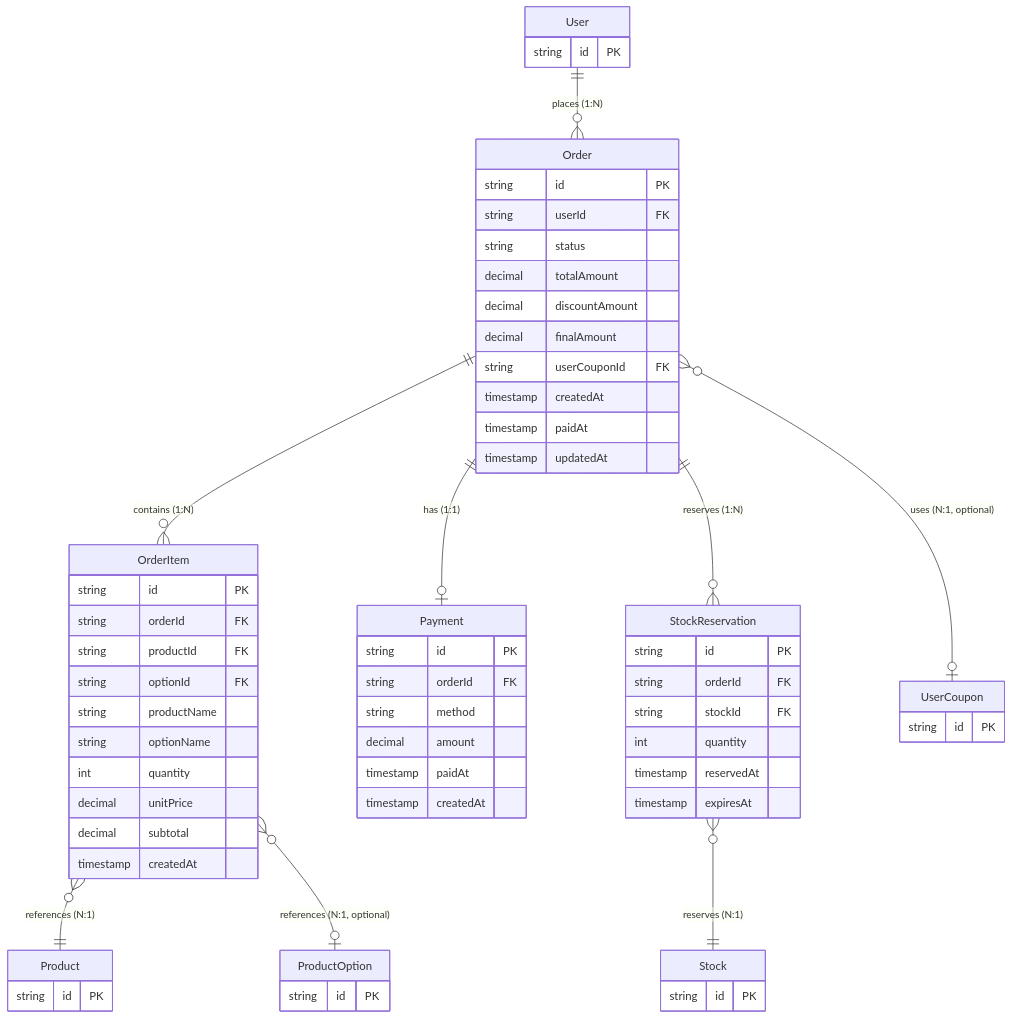
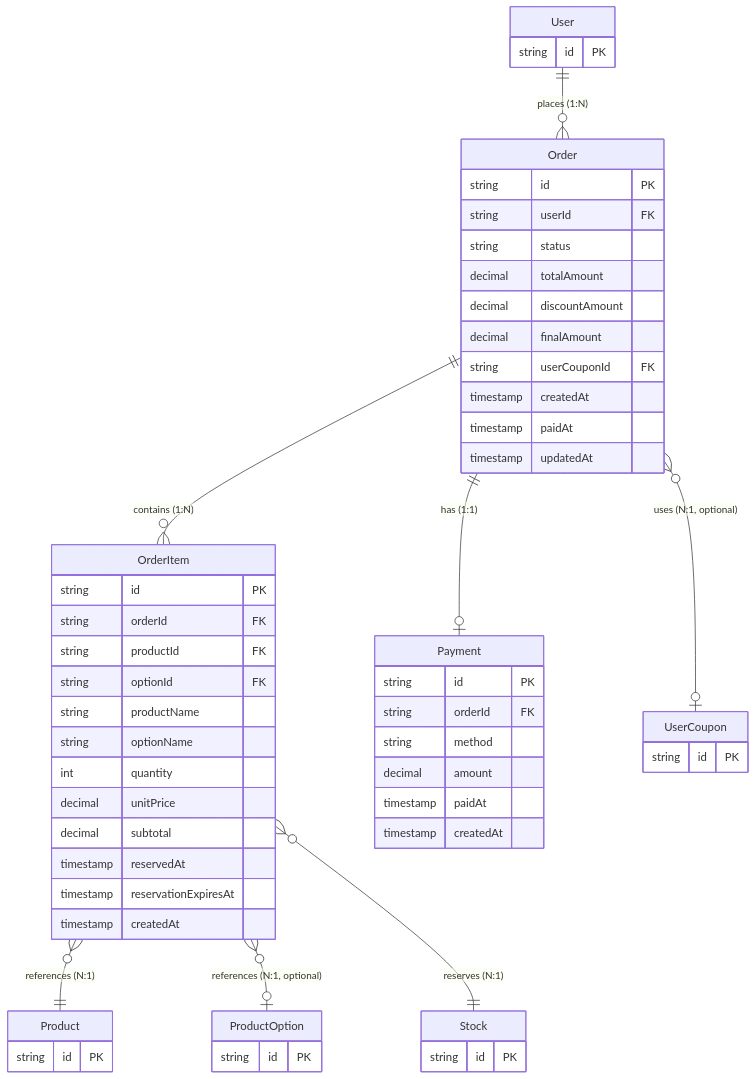
The fifth of 13 diagrams in docs/dev/dashboard/data-model.md (ywj3493/hhplus-e-commerce), drawn with Mermaid before and after one commit. The commit also changed other lines of this file and 4 other files, not shown here.

````diff
--- a/docs/dev/dashboard/data-model.md
+++ b/docs/dev/dashboard/data-model.md
@@ -258,75 +250,67 @@
 ```mermaid
 erDiagram
     User {
         string id PK
     }
 
     Order {
         string id PK
         string userId FK
         string status
         decimal totalAmount
         decimal discountAmount
         decimal finalAmount
         string userCouponId FK
         timestamp createdAt
         timestamp paidAt
         timestamp updatedAt
     }
 
     OrderItem {
         string id PK
         string orderId FK
         string productId FK
         string optionId FK
         string productName
         string optionName
         int quantity
         decimal unitPrice
         decimal subtotal
+        timestamp reservedAt
+        timestamp reservationExpiresAt
         timestamp createdAt
     }
 
     Payment {
         string id PK
         string orderId FK
         string method
         decimal amount
         timestamp paidAt
         timestamp createdAt
-    }
-
-    StockReservation {
-        string id PK
-        string orderId FK
-        string stockId FK
-        int quantity
-        timestamp reservedAt
-        timestamp expiresAt
     }
 
     Stock {
         string id PK
     }
 
     Product {
         string id PK
     }
 
     ProductOption {
         string id PK
     }
 
     UserCoupon {
         string id PK
     }
 
     User ||--o{ Order : "places (1:N)"
     Order ||--o{ OrderItem : "contains (1:N)"
     Order ||--o| Payment : "has (1:1)"
-    Order ||--o{ StockReservation : "reserves (1:N)"
     Order }o--o| UserCoupon : "uses (N:1, optional)"
     OrderItem }o--|| Product : "references (N:1)"
     OrderItem }o--o| ProductOption : "references (N:1, optional)"
-    StockReservation }o--|| Stock : "reserves (N:1)"
+    OrderItem }o--|| Stock : "reserves (N:1)"
 ```
````
